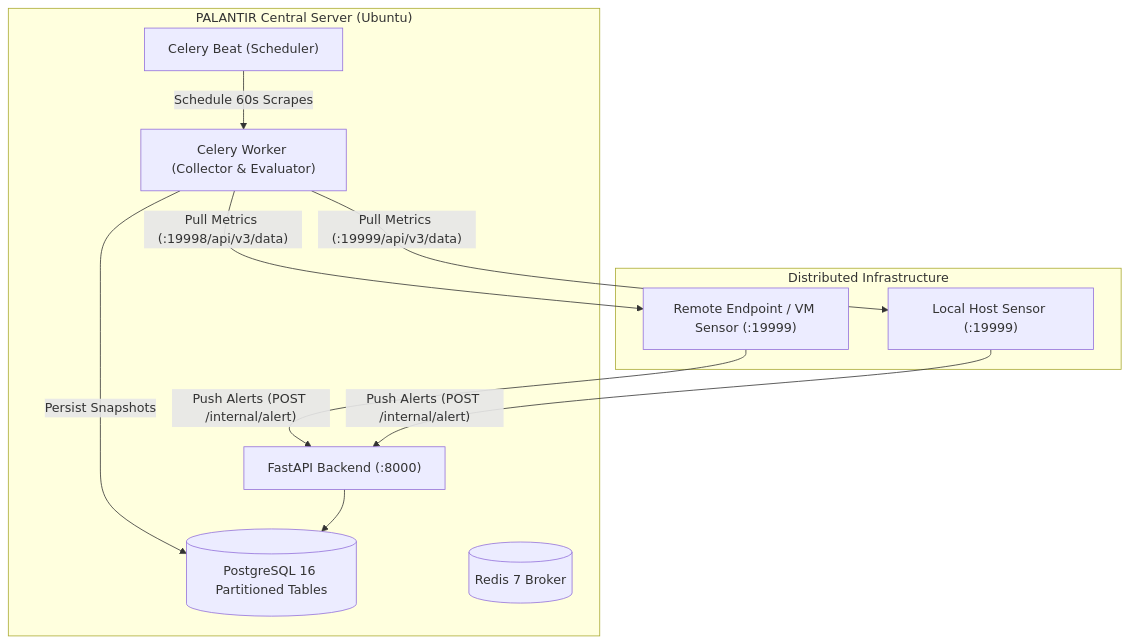
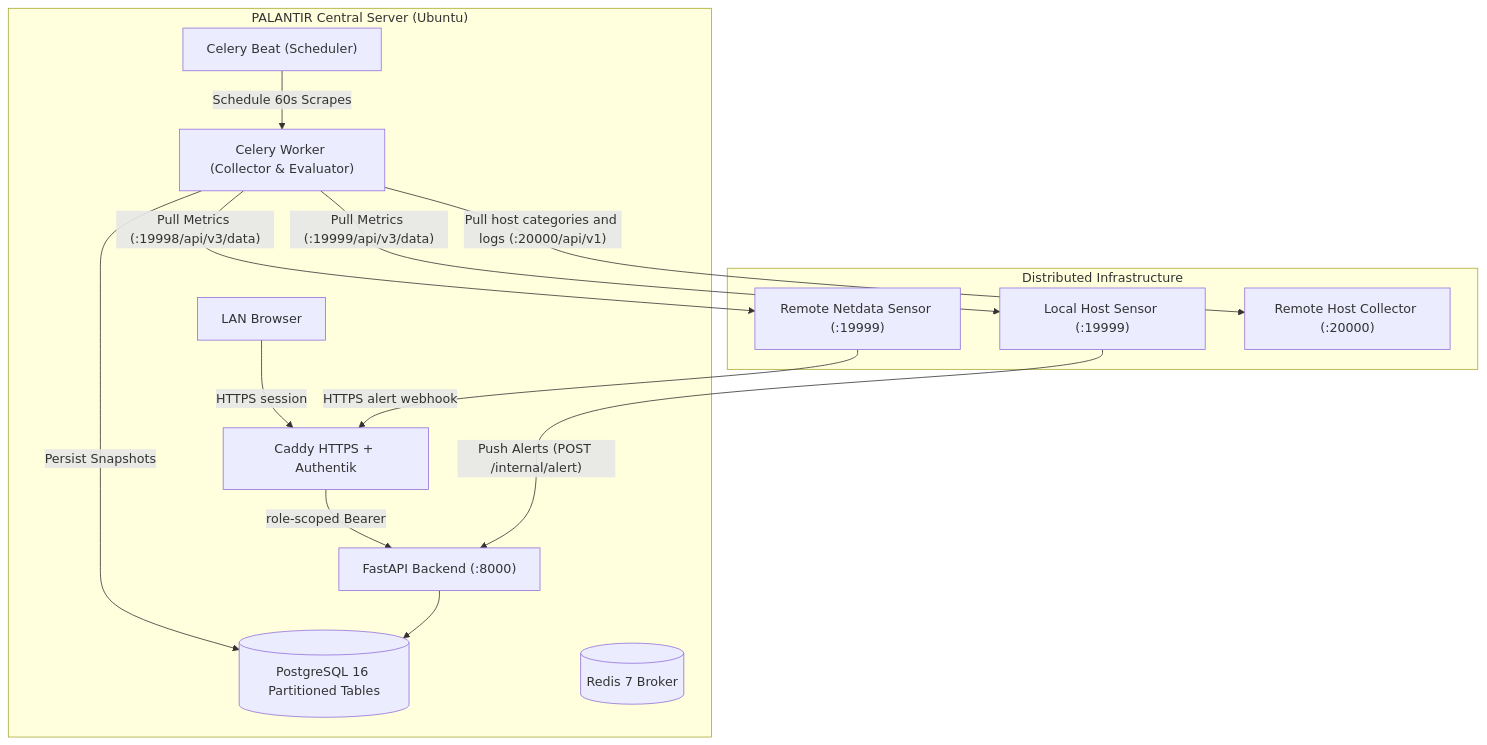
Before and after one commit to abdullah-farooqi/PALANTIR: the diagram in README.md, drawn with Mermaid. The commit also changed other lines of this file and 56 other files, not shown here.

````diff
--- a/README.md
+++ b/README.md
@@ -9,23 +9,29 @@
 ```mermaid
 flowchart TD
     subgraph Cluster ["Distributed Infrastructure"]
         LocalSensor["Local Host Sensor (:19999)"]
-        RemoteSensor["Remote Endpoint / VM Sensor (:19999)"]
+        RemoteSensor["Remote Netdata Sensor (:19999)"]
+        HostCollector["Remote Host Collector (:20000)"]
     end
 
     subgraph CentralServer ["PALANTIR Central Server (Ubuntu)"]
+        Users["LAN Browser"]
+        Gateway["Caddy HTTPS + Authentik"]
         API["FastAPI Backend (:8000)"]
         Beat["Celery Beat (Scheduler)"]
         Worker["Celery Worker (Collector & Evaluator)"]
         DB[(PostgreSQL 16 Partitioned Tables)]
         Broker[(Redis 7 Broker)]
+        Users -->|"HTTPS session"| Gateway
+        Gateway -->|"role-scoped Bearer"| API
     end
 
-    RemoteSensor -->|"Push Alerts (POST /internal/alert)"| API
+    RemoteSensor -->|"HTTPS alert webhook"| Gateway
     LocalSensor -->|"Push Alerts (POST /internal/alert)"| API
     Beat -->|"Schedule 60s Scrapes"| Worker
     Worker -->|"Pull Metrics (:19999/api/v3/data)"| LocalSensor
     Worker -->|"Pull Metrics (:19998/api/v3/data)"| RemoteSensor
+    Worker -->|"Pull host categories and logs (:20000/api/v1)"| HostCollector
     Worker -->|"Persist Snapshots"| DB
     API --> DB
 ```
````
